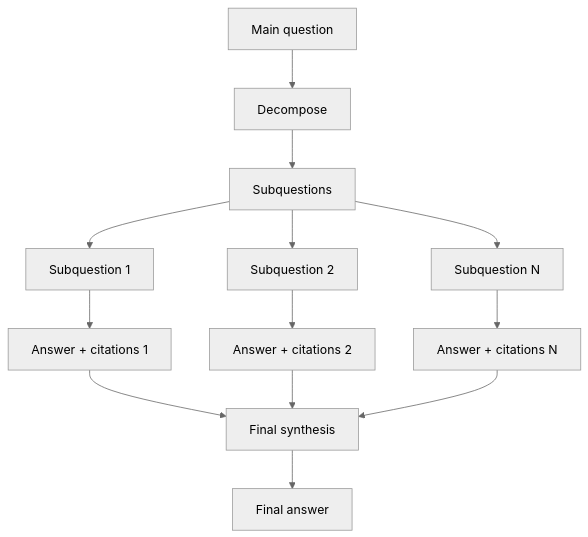
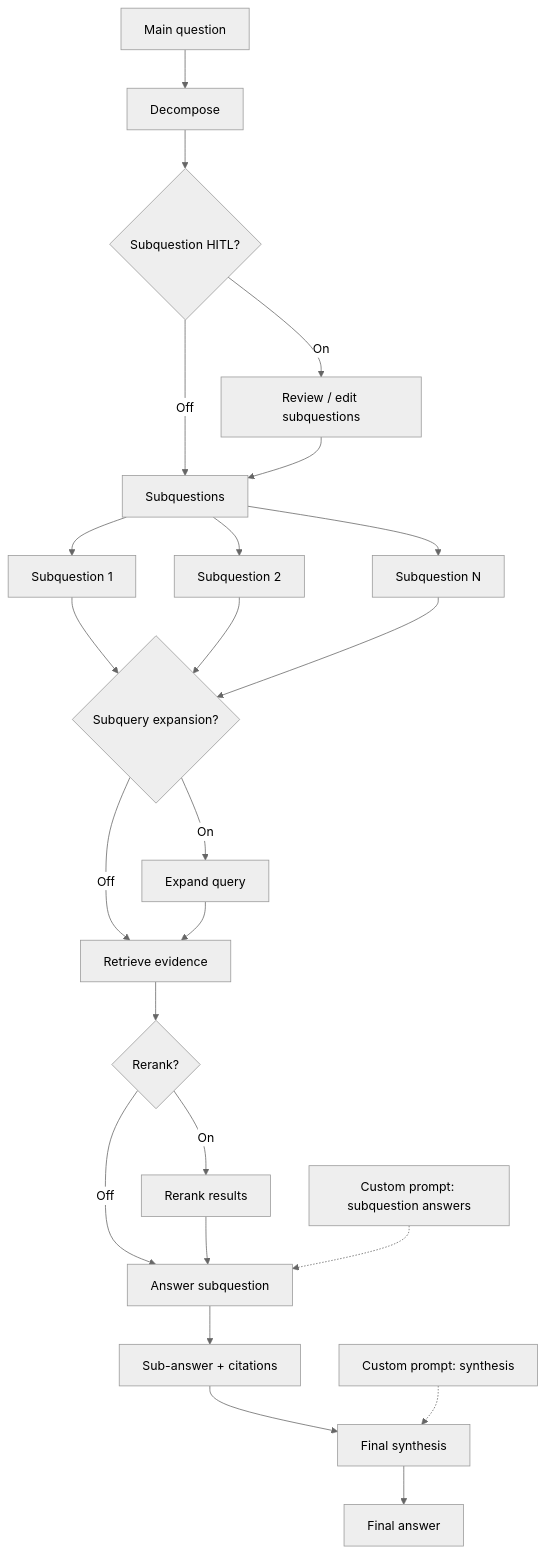
The diagram in README.md (Nickbohm555/agent-search), drawn with Mermaid (neutral theme) before and after one commit.

Commit message:
Expand README flow with runtime controls

````diff
--- a/README.md
+++ b/README.md
@@ -19,18 +19,30 @@
 ```mermaid
 flowchart TD
     Q["Main question"] --> D["Decompose"]
-    D --> SQ["Subquestions"]
+    D --> HITL{"Subquestion HITL?"}
+    HITL -->|On| REV["Review / edit subquestions"]
+    HITL -->|Off| SQ["Subquestions"]
+    REV --> SQ
 
     SQ --> S1["Subquestion 1"]
     SQ --> S2["Subquestion 2"]
     SQ --> S3["Subquestion N"]
 
-    S1 --> A1["Answer + citations 1"]
-    S2 --> A2["Answer + citations 2"]
-    S3 --> A3["Answer + citations N"]
+    S1 --> QE{"Subquery expansion?"}
+    S2 --> QE
+    S3 --> QE
+    QE -->|On| EXP["Expand query"]
+    QE -->|Off| RET["Retrieve evidence"]
+    EXP --> RET
 
-    A1 --> SYN["Final synthesis"]
-    A2 --> SYN
-    A3 --> SYN
+    RET --> RR{"Rerank?"}
+    RR -->|On| RERANK["Rerank results"]
+    RR -->|Off| ANS["Answer subquestion"]
+    RERANK --> ANS
+    CP1["Custom prompt: subquestion answers"] -.-> ANS
+    ANS --> SA["Sub-answer + citations"]
+
+    SA --> SYN["Final synthesis"]
+    CP2["Custom prompt: synthesis"] -.-> SYN
     SYN --> OUT["Final answer"]
 ```
````
